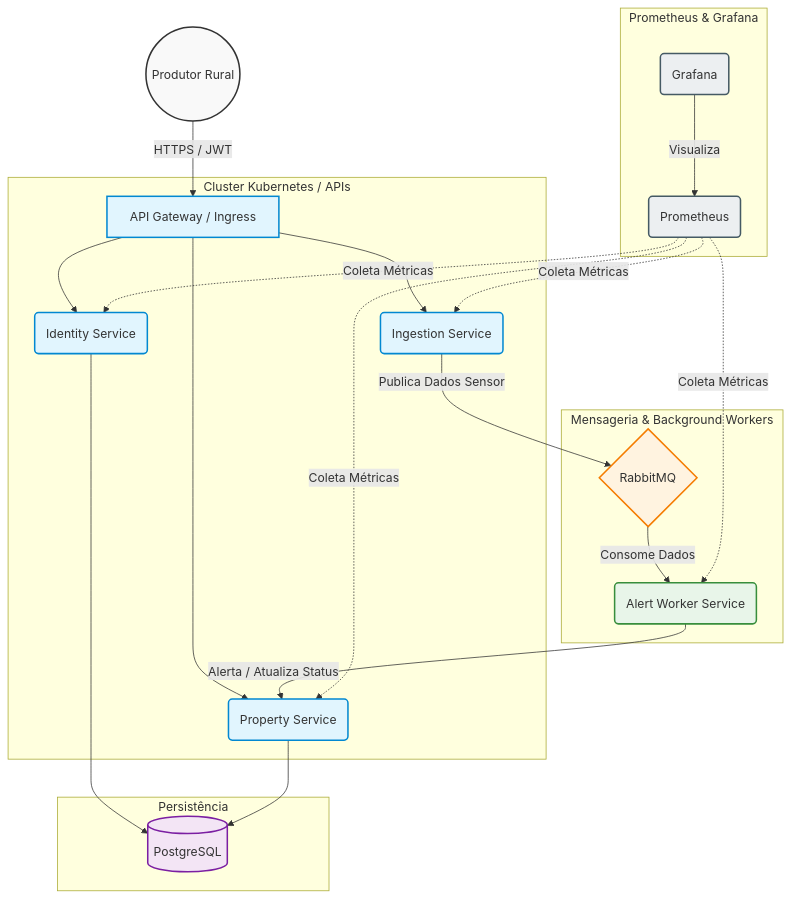
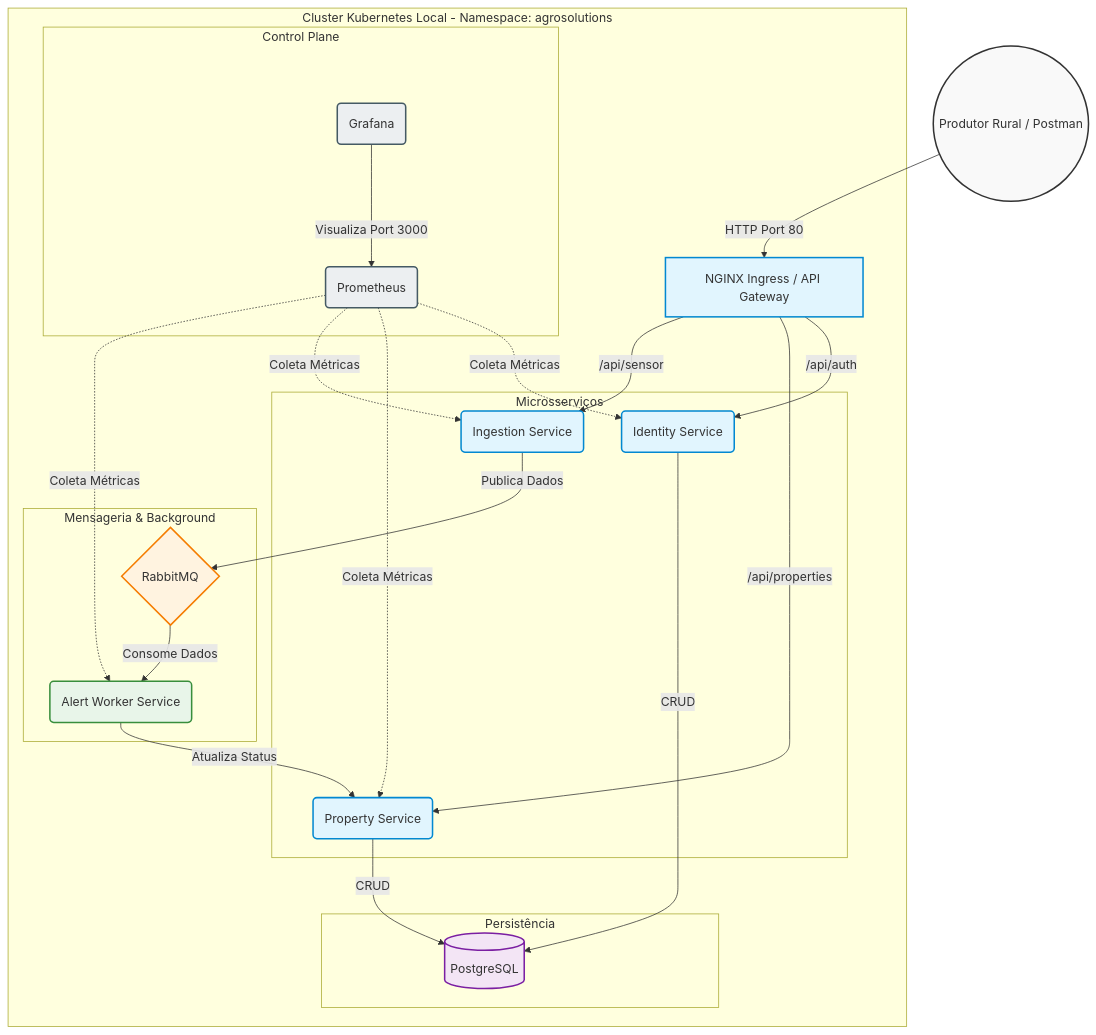
One commit to thiagoreboredo/FIAP-AgroSolutions-Hackathon changed the diagram in README.md. Above: the diagram before and after it, drawn with Mermaid. The commit also changed other lines of this file and 3 other files, not shown here.

First line of the commit message:
Implementa NGINX Ingress Controller como API Gateway

````diff
--- a/README.md
+++ b/README.md
@@ -131,51 +117,55 @@
 ```mermaid
 graph TD
     classDef client fill:#f9f9f9,stroke:#333,stroke-width:2px;
     classDef api fill:#e1f5fe,stroke:#0288d1,stroke-width:2px;
     classDef broker fill:#fff3e0,stroke:#f57c00,stroke-width:2px;
     classDef worker fill:#e8f5e9,stroke:#388e3c,stroke-width:2px;
     classDef db fill:#f3e5f5,stroke:#7b1fa2,stroke-width:2px;
     classDef obs fill:#eceff1,stroke:#455a64,stroke-width:2px;
 
-    User((Produtor Rural)):::client
+    User((Produtor Rural / Postman)):::client
 
-    subgraph Kubernetes Cluster [Cluster Kubernetes / APIs]
-        Gateway[API Gateway / Ingress]:::api
+    subgraph K8s [Cluster Kubernetes Local - Namespace: agrosolutions]
+        
+        Gateway[NGINX Ingress / API Gateway]:::api
+        
+        subgraph APIs [Microsserviços]
+            IdAPI(Identity Service):::api
+            PropAPI(Property Service):::api
+            IngAPI(Ingestion Service):::api
+        end
 
-        IdAPI(Identity Service):::api
-        PropAPI(Property Service):::api
-        IngAPI(Ingestion Service):::api
+        subgraph Mensageria & Background
+            Broker{RabbitMQ}:::broker
+            Worker(Alert Worker Service):::worker
+        end
 
-        Gateway --> IdAPI
-        Gateway --> PropAPI
-        Gateway --> IngAPI
-    end
+        subgraph Persistência
+            DB[(PostgreSQL)]:::db
+        end
 
-    User -->|HTTPS / JWT| Gateway
+        subgraph Observabilidade [Control Plane]
+            Prom(Prometheus):::obs
+            Graf(Grafana):::obs
+        end
 
-    subgraph Mensageria & Background Workers
-        Broker{RabbitMQ}:::broker
-        Worker(Alert Worker Service):::worker
+        Gateway -->|/api/auth| IdAPI
+        Gateway -->|/api/properties| PropAPI
+        Gateway -->|/api/sensor| IngAPI
 
-        IngAPI -->|Publica Dados Sensor| Broker
+        IdAPI -->|CRUD| DB
+        PropAPI -->|CRUD| DB
+        
+        IngAPI -->|Publica Dados| Broker
         Broker -->|Consome Dados| Worker
-        Worker -->|Alerta / Atualiza Status| PropAPI
-    end
-
-    subgraph Persistência
-        DB[(PostgreSQL)]:::db
-        IdAPI --> DB
-        PropAPI --> DB
-    end
-
-    subgraph Observabilidade [Prometheus & Grafana]
-        Prom(Prometheus):::obs
-        Graf(Grafana):::obs
+        Worker -->|Atualiza Status| PropAPI
 
         Prom -.->|Coleta Métricas| IdAPI
         Prom -.->|Coleta Métricas| PropAPI
         Prom -.->|Coleta Métricas| IngAPI
         Prom -.->|Coleta Métricas| Worker
-        Graf -->|Visualiza| Prom
+        Graf -->|Visualiza Port 3000| Prom
     end
+
+    User -->|HTTP Port 80| Gateway
 ```
````
